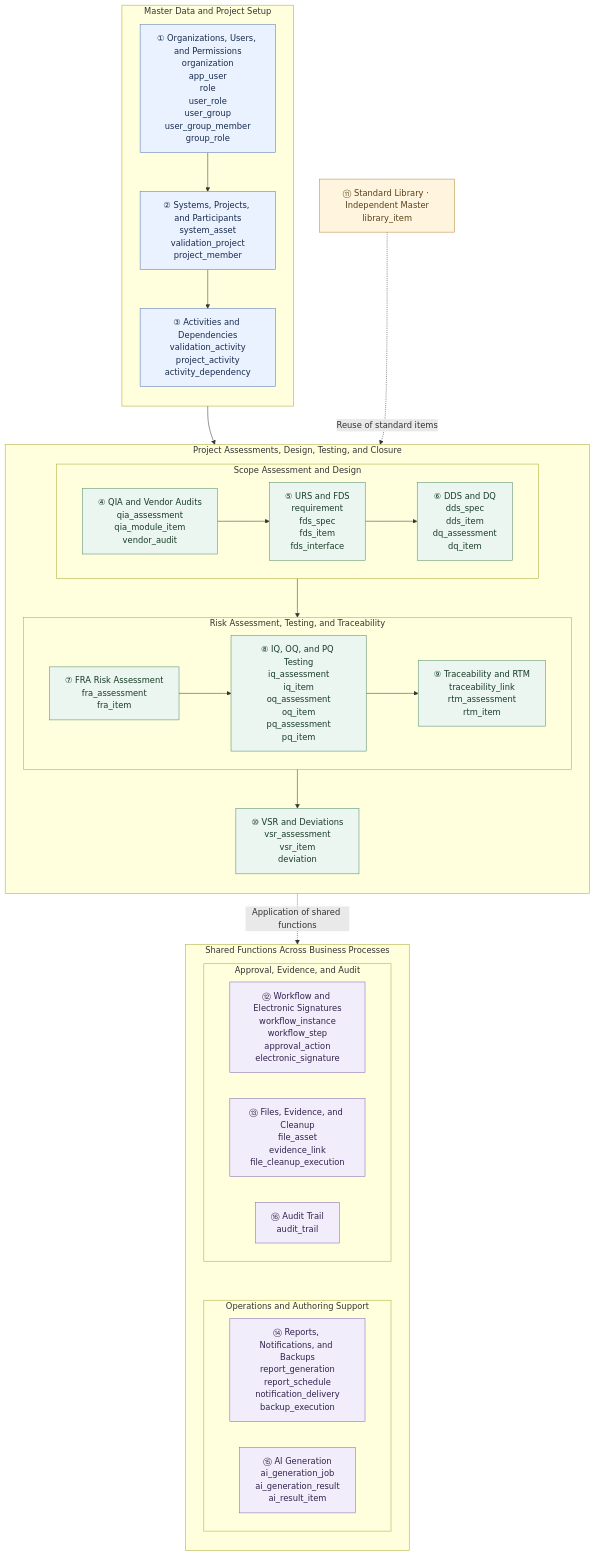
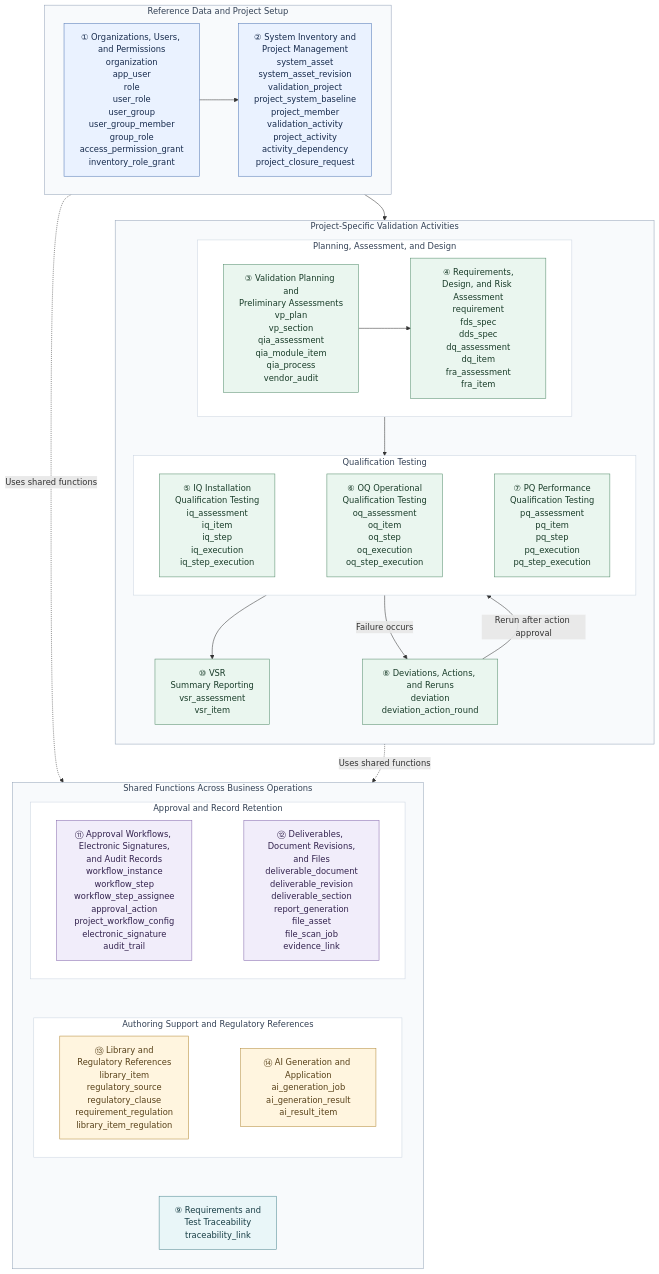
One commit to kmh52826-collab/Enterprise-Knowledge-Base-Design changed the diagram in docs/erd-overview.md. Above: the diagram before and after it, drawn with Mermaid. The commit also changed other lines of this file, not shown here.

````diff
--- a/docs/erd-overview.md
+++ b/docs/erd-overview.md
@@ -11,7 +11,7 @@
 ```mermaid
 flowchart TB
-    subgraph BASE["Master Data and Project Setup"]
-        direction TB
+    subgraph BASE["Reference Data and Project Setup"]
+        direction LR
         SECURITY["① Organizations, Users, and Permissions
 organization
 app_user
@@ -19,107 +19,144 @@
 user_role
 user_group
 user_group_member
-group_role"]
-        PROJECT["② Systems, Projects, and Participants
+group_role
+access_permission_grant
+inventory_role_grant"]
+        PROJECT["② System Inventory and<br/>Project Management
 system_asset
+system_asset_revision
 validation_project
-project_member"]
-        ACTIVITY["③ Activities and Dependencies
+project_system_baseline
+project_member
 validation_activity
 project_activity
-activity_dependency"]
-        SECURITY --> PROJECT --> ACTIVITY
+activity_dependency
+project_closure_request"]
+        SECURITY --> PROJECT
     end
 
-    subgraph DOCUMENTS["Project Assessments, Design, Testing, and Closure"]
+    subgraph VALIDATION["Project-Specific Validation Activities"]
         direction TB
-        subgraph DESIGN["Scope Assessment and Design"]
+        subgraph PREPARATION["Planning, Assessment, and Design"]
             direction LR
-            QIA["④ QIA and Vendor Audits
+            PLANNING["③ Validation Planning and<br/>Preliminary Assessments
+vp_plan
+vp_section
 qia_assessment
 qia_module_item
+qia_process
 vendor_audit"]
-            URSFDS["⑤ URS and FDS
+            DESIGN["④ Requirements,<br/>Design, and Risk Assessment
 requirement
 fds_spec
-fds_item
-fds_interface"]
-            DDSDQ["⑥ DDS and DQ
 dds_spec
-dds_item
 dq_assessment
-dq_item"]
-            QIA --> URSFDS --> DDSDQ
-        end
-        subgraph VERIFICATION["Risk Assessment, Testing, and Traceability"]
-            direction LR
-            FRA["⑦ FRA Risk Assessment
+dq_item
 fra_assessment
 fra_item"]
-            TEST["⑧ IQ, OQ, and PQ Testing
+            PLANNING --> DESIGN
+        end
+
+        subgraph TESTING["Qualification Testing"]
+            direction LR
+            IQ["⑤ IQ Installation<br/>Qualification Testing
 iq_assessment
 iq_item
+iq_step
+iq_execution
+iq_step_execution"]
+            OQ["⑥ OQ Operational<br/>Qualification Testing
 oq_assessment
 oq_item
+oq_step
+oq_execution
+oq_step_execution"]
+            PQ["⑦ PQ Performance<br/>Qualification Testing
 pq_assessment
-pq_item"]
-            TRACE["⑨ Traceability and RTM
-traceability_link
-rtm_assessment
-rtm_item"]
-            FRA --> TEST --> TRACE
+pq_item
+pq_step
+pq_execution
+pq_step_execution"]
+            IQ ~~~ OQ ~~~ PQ
         end
-        CLOSE["⑩ VSR and Deviations
+
+        DEVIATION["⑧ Deviations, Actions, and Reruns
+deviation
+deviation_action_round"]
+        VSR["⑩ VSR<br/>Summary Reporting
 vsr_assessment
-vsr_item
-deviation"]
-        DESIGN --> VERIFICATION --> CLOSE
+vsr_item"]
+
+        PREPARATION --> TESTING
+        TESTING --> VSR
+        TESTING -->|Failure occurs| DEVIATION
+        DEVIATION -->|Rerun after action approval| TESTING
     end
 
-    LIBRARY["⑪ Standard Library · Independent Master
-library_item"]
-
-    subgraph COMMON["Shared Functions Across Business Processes"]
+    subgraph COMMON["Shared Functions Across Business Operations"]
         direction TB
-        subgraph CONTROL["Approval, Evidence, and Audit"]
+        subgraph CONTROL["Approval and Record Retention"]
             direction LR
-            WORKFLOW["⑫ Workflow and Electronic Signatures
+            WORKFLOW["⑪ Approval Workflows, Electronic Signatures,<br/>and Audit Records
 workflow_instance
 workflow_step
+workflow_step_assignee
 approval_action
-electronic_signature"]
-            FILES["⑬ Files, Evidence, and Cleanup
+project_workflow_config
+electronic_signature
+audit_trail"]
+            DOCUMENTS["⑫ Deliverables, Document Revisions,<br/>and Files
+deliverable_document
+deliverable_revision
+deliverable_section
+report_generation
 file_asset
-evidence_link
-file_cleanup_execution"]
-            AUDIT["⑯ Audit Trail
-audit_trail"]
+file_scan_job
+evidence_link"]
+            WORKFLOW ~~~ DOCUMENTS
         end
-        subgraph SUPPORT["Operations and Authoring Support"]
+
+        subgraph SUPPORT["Authoring Support and Regulatory References"]
             direction LR
-            OPS["⑭ Reports, Notifications, and Backups
-report_generation
-report_schedule
-notification_delivery
-backup_execution"]
-            AI["⑮ AI Generation
+            LIBRARY["⑬ Library and<br/>Regulatory References
+library_item
+regulatory_source
+regulatory_clause
+requirement_regulation
+library_item_regulation"]
+            AI["⑭ AI Generation and Application
 ai_generation_job
 ai_generation_result
 ai_result_item"]
+            LIBRARY ~~~ AI
         end
+
+        TRACE["⑨ Requirements and<br/>Test Traceability
+traceability_link"]
         CONTROL ~~~ SUPPORT
+        SUPPORT ~~~ TRACE
     end
 
-    BASE --> DOCUMENTS
-    LIBRARY -. "Reuse of standard items" .-> DOCUMENTS
-    DOCUMENTS -. "Application of shared functions" .-> COMMON
+    BASE --> VALIDATION
+    BASE -. Uses shared functions .-> COMMON
+    VALIDATION -. Uses shared functions .-> COMMON
 
     classDef base fill:#eaf2ff,stroke:#5278b5,color:#172b4d
-    classDef document fill:#eaf6ef,stroke:#548c6b,color:#193c29
-    classDef common fill:#f1edfa,stroke:#8569ad,color:#32224d
-    classDef library fill:#fff5df,stroke:#b38a39,color:#574018
-    class SECURITY,PROJECT,ACTIVITY base
-    class QIA,URSFDS,DDSDQ,FRA,TEST,TRACE,CLOSE document
-    class WORKFLOW,FILES,OPS,AI,AUDIT common
-    class LIBRARY library
+    classDef validation fill:#eaf6ef,stroke:#548c6b,color:#193c29
+    classDef control fill:#f1edfa,stroke:#8569ad,color:#32224d
+    classDef support fill:#fff5df,stroke:#b38a39,color:#574018
+    classDef trace fill:#e9f6f8,stroke:#4f8790,color:#173d44
+    class SECURITY,PROJECT base
+    class PLANNING,DESIGN,IQ,OQ,PQ,DEVIATION,VSR validation
+    class WORKFLOW,DOCUMENTS control
+    class LIBRARY,AI support
+    class TRACE trace
+
+    style BASE fill:#f8fafc,stroke:#94a3b8,color:#334155
+    style VALIDATION fill:#f8fafc,stroke:#94a3b8,color:#334155
+    style PREPARATION fill:#ffffff,stroke:#cbd5e1,color:#334155
+    style TESTING fill:#ffffff,stroke:#cbd5e1,color:#334155
+    style COMMON fill:#f8fafc,stroke:#94a3b8,color:#334155
+    style CONTROL fill:#ffffff,stroke:#cbd5e1,color:#334155
+    style SUPPORT fill:#ffffff,stroke:#cbd5e1,color:#334155
 ```
````
